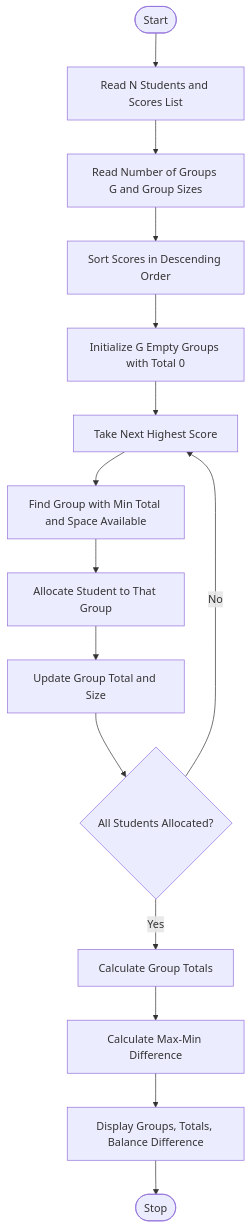
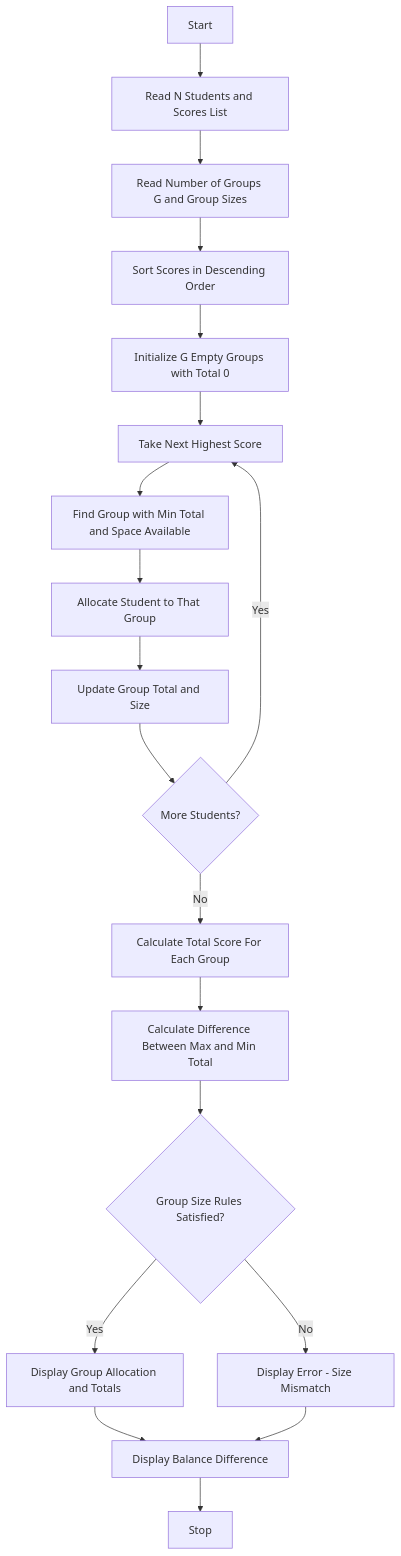
The diagram in Task4/Code.md (bhavyabalusupati10-maker/Python-Tasks), drawn with Mermaid before and after one commit. The commit also changed other lines of this file, not shown here.

````diff
--- a/Task4/Code.md
+++ b/Task4/Code.md
@@ -21,17 +23,21 @@
 ```mermaid
 flowchart TD
-    First([Start]) --> A[Read N Students and Scores List]
-    A --> B[Read Number of Groups G and Group Sizes]
-    B --> C[Sort Scores in Descending Order]
-    C --> D[Initialize G Empty Groups with Total 0]
-    D --> E[Take Next Highest Score]
-    E --> F[Find Group with Min Total and Space Available]
-    F --> G[Allocate Student to That Group]
-    G --> H[Update Group Total and Size]
-    H --> I{All Students Allocated?}
-    I -->|No| E
-    I -->|Yes| J[Calculate Group Totals]
-    J --> K[Calculate Max-Min Difference]
-    K --> L[Display Groups, Totals, Balance Difference]
-    L --> Last([Stop])
+    A[Start] --> B[Read N Students and Scores List]
+    B --> C[Read Number of Groups G and Group Sizes]
+    C --> D[Sort Scores in Descending Order]
+    D --> E[Initialize G Empty Groups with Total 0]
+    E --> F[Take Next Highest Score]
+    F --> G[Find Group with Min Total and Space Available]
+    G --> H[Allocate Student to That Group]
+    H --> I[Update Group Total and Size]
+    I --> J{More Students?}
+    J -- Yes --> F
+    J -- No --> K[Calculate Total Score For Each Group]
+    K --> L[Calculate Difference Between Max and Min Total]
+    L --> M{Group Size Rules Satisfied?}
+    M -- Yes --> N[Display Group Allocation and Totals]
+    M -- No --> O[Display Error - Size Mismatch]
+    N --> P[Display Balance Difference]
+    O --> P
+    P --> Q[Stop]
 ```
````
